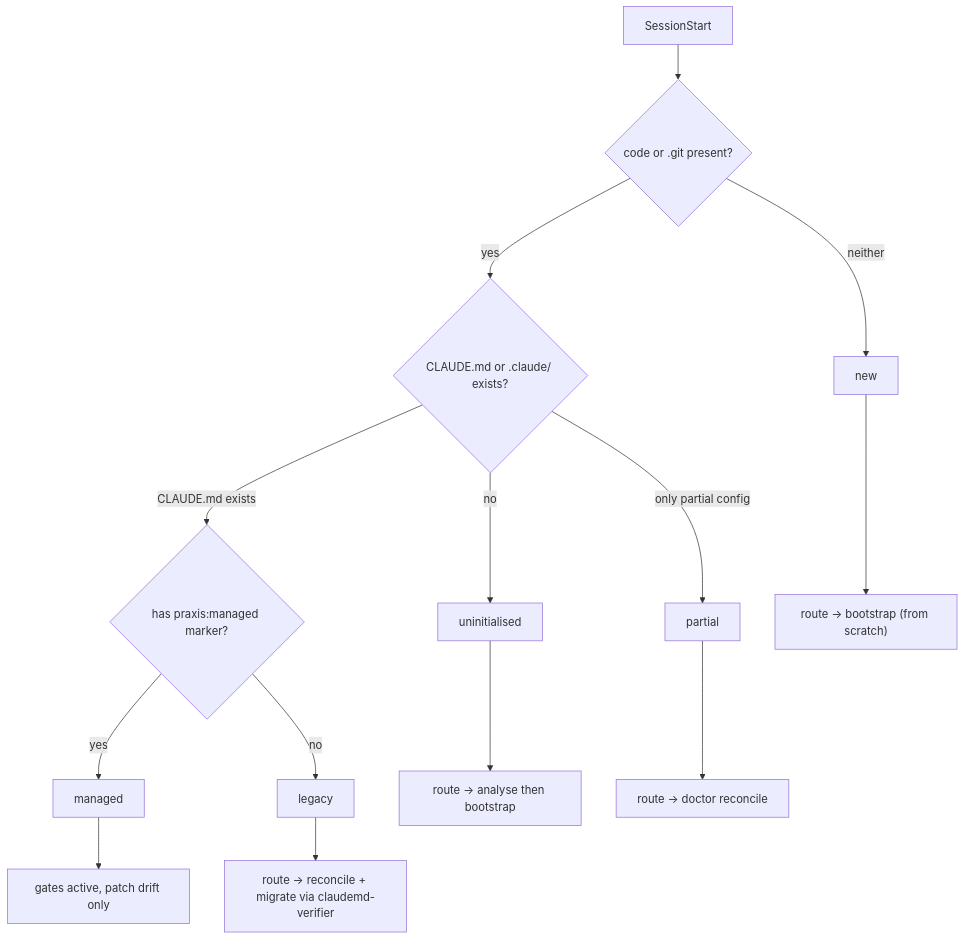
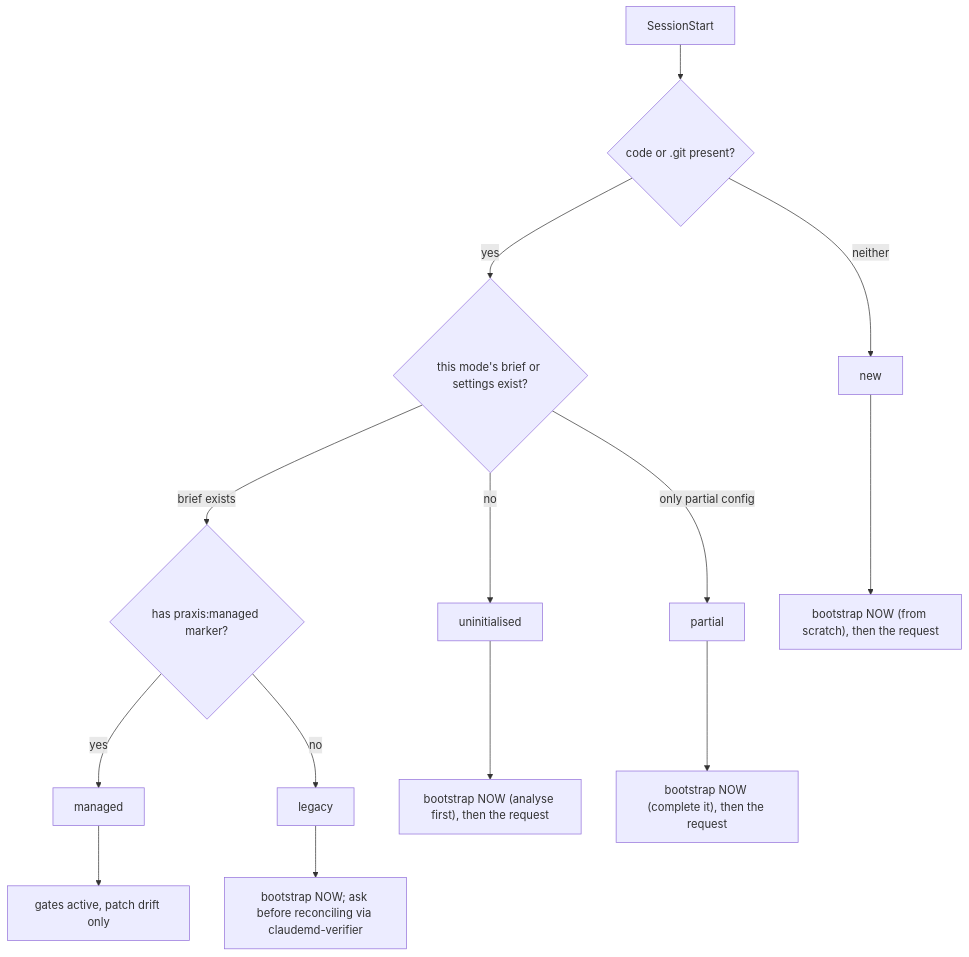
Before and after one commit to Ohswedd/praxis: the fifth of 6 diagrams in docs/FLOWS.md, drawn with Mermaid. The commit also changed other lines of this file and 47 other files, not shown here.

````diff
--- a/docs/FLOWS.md
+++ b/docs/FLOWS.md
@@ -137,16 +145,16 @@
 ```mermaid
 flowchart TD
     A["SessionStart"] --> B{"code or .git present?"}
     B -->|neither| N["new"]
-    B -->|yes| C{"CLAUDE.md or .claude/ exists?"}
+    B -->|yes| C{"this mode's brief or settings exist?"}
     C -->|no| U["uninitialised"]
-    C -->|CLAUDE.md exists| D{"has praxis:managed marker?"}
+    C -->|brief exists| D{"has praxis:managed marker?"}
     D -->|yes| M["managed"]
     D -->|no| L["legacy"]
     C -->|only partial config| P["partial"]
-    N --> RN["route → bootstrap (from scratch)"]
-    U --> RU["route → analyse then bootstrap"]
-    L --> RL["route → reconcile + migrate via claudemd-verifier"]
+    N --> RN["bootstrap NOW (from scratch), then the request"]
+    U --> RU["bootstrap NOW (analyse first), then the request"]
+    L --> RL["bootstrap NOW; ask before reconciling via claudemd-verifier"]
     M --> RM["gates active, patch drift only"]
-    P --> RP["route → doctor reconcile"]
+    P --> RP["bootstrap NOW (complete it), then the request"]
 ```
````
